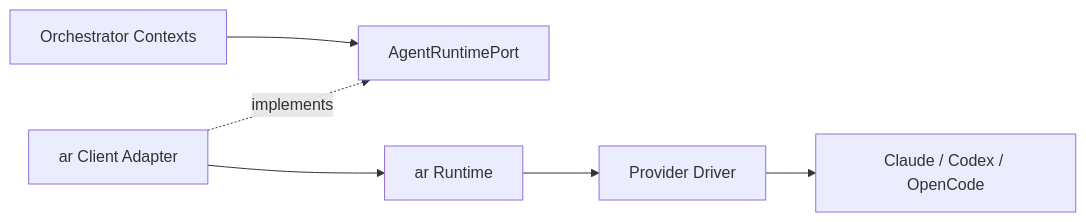
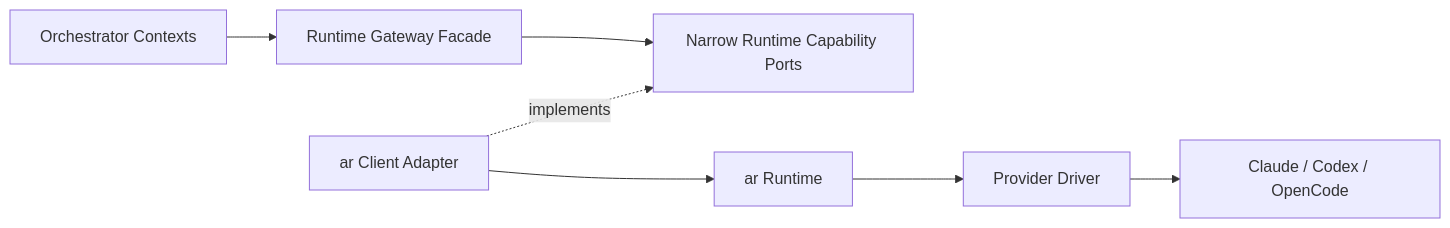
Before and after one commit to agent-teams-ai/agent-teams-orchestrator: the diagram in docs/architecture/runtime-boundary.md, drawn with Mermaid. The commit also changed other lines of this file and 16 other files, not shown here.

Commit message:
docs(architecture): harden context and dependency boundaries

````diff
--- a/docs/architecture/runtime-boundary.md
+++ b/docs/architecture/runtime-boundary.md
@@ -10,15 +10,17 @@
 ```mermaid
 flowchart LR
     Orchestrator["Orchestrator Contexts"]
-    Port["AgentRuntimePort"]
+    Gateway["Runtime Gateway Facade"]
+    Ports["Narrow Runtime Capability Ports"]
     Adapter["ar Client Adapter"]
     AR["ar Runtime"]
     Driver["Provider Driver"]
     Provider["Claude / Codex / OpenCode"]
 
-    Orchestrator --> Port
-    Adapter -. "implements" .-> Port
+    Orchestrator --> Gateway
+    Gateway --> Ports
+    Adapter -. "implements" .-> Ports
     Adapter --> AR
     AR --> Driver
     Driver --> Provider
 ```
````
